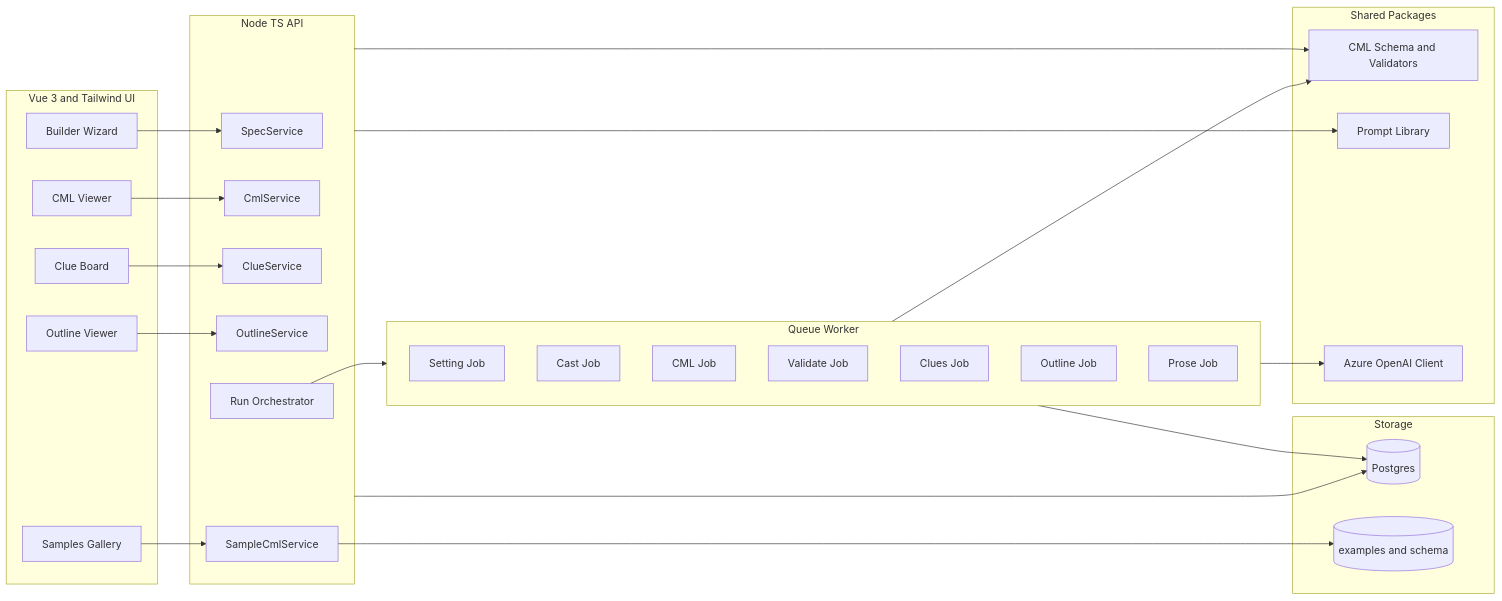
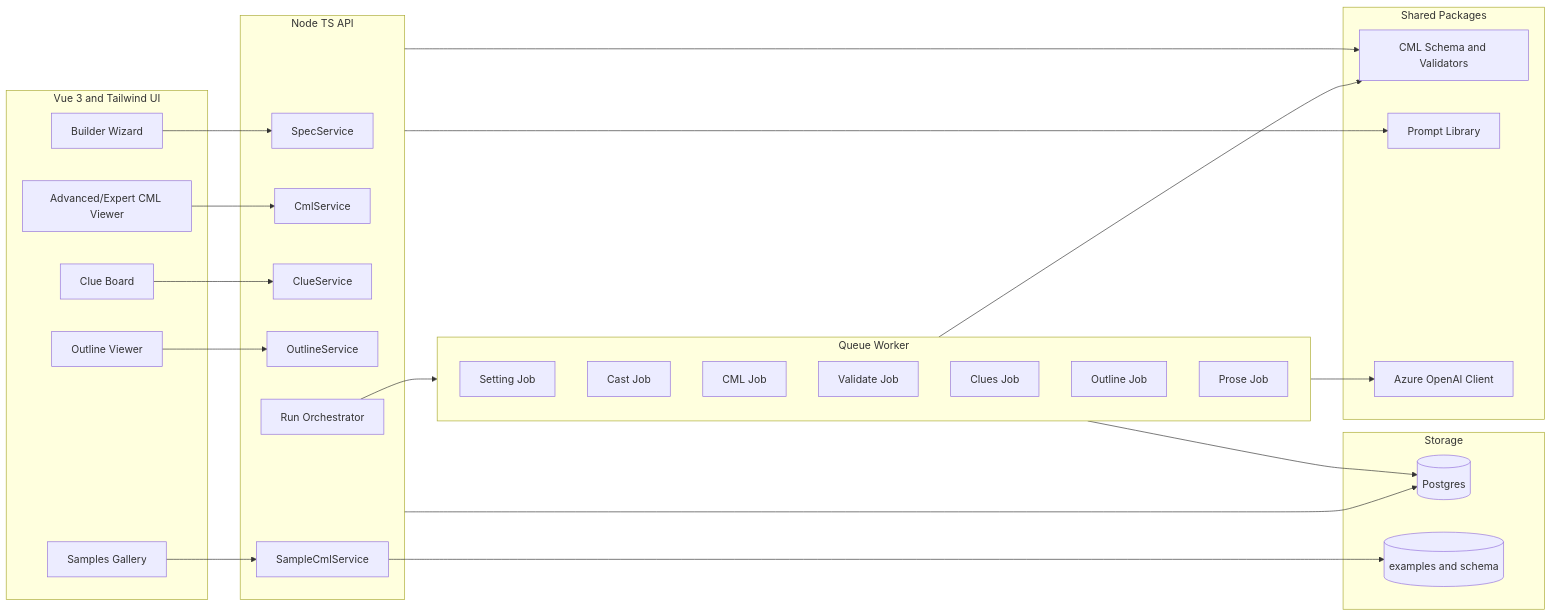
Before and after one commit to andylelli/cml_01: the second of 2 diagrams in documentation/03_architecture_backend.md, drawn with Mermaid. The commit also changed other lines of this file and 7766 other files, not shown here.

````diff
--- a/documentation/03_architecture_backend.md
+++ b/documentation/03_architecture_backend.md
@@ -94,54 +119,54 @@
 ```mermaid
 flowchart LR
   subgraph Web["Vue 3 and Tailwind UI"]
     W1[Builder Wizard]
-    W2[CML Viewer]
+    W2[Advanced/Expert CML Viewer]
     W3[Clue Board]
     W4[Outline Viewer]
     W5[Samples Gallery]
   end
 
   subgraph API["Node TS API"]
     A1[SpecService]
     A2[CmlService]
     A3[ClueService]
     A4[OutlineService]
     A5[Run Orchestrator]
     A6[SampleCmlService]
   end
 
   subgraph Worker[Queue Worker]
     J1[Setting Job]
     J2[Cast Job]
     J3[CML Job]
     J4[Validate Job]
     J5[Clues Job]
     J6[Outline Job]
     J7[Prose Job]
   end
 
   subgraph Shared["Shared Packages"]
     P1["CML Schema and Validators"]
     P2[Prompt Library]
     P3[Azure OpenAI Client]
   end
 
   subgraph Storage[Storage]
     DB[(Postgres)]
     FS[(examples and schema)]
   end
 
   W1 --> A1
   W2 --> A2
   W3 --> A3
   W4 --> A4
   W5 --> A6
   A5 --> Worker
   Worker --> P3
   API --> DB
   A6 --> FS
   Worker --> P1
   Worker --> DB
   API --> P1
   API --> P2
 ```
````
